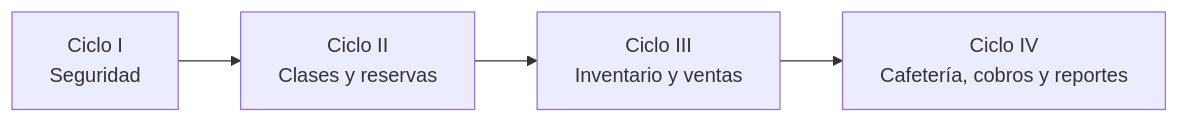
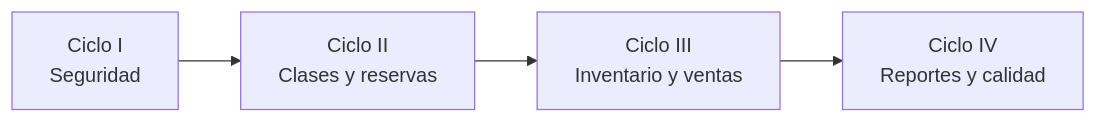
One commit to Kato-001/taller-mitsu-ceramica changed the first of 2 diagrams in README.md. Above: the diagram before and after it, drawn with Mermaid. The commit also changed other lines of this file and 120 other files, not shown here.

Commit message:
Informe final con los cuatro ciclos, capítulo de pruebas, diagramas corregidos y guion

````diff
--- a/README.md
+++ b/README.md
@@ -49,4 +49,4 @@
 ```mermaid
 flowchart LR
-    I["Ciclo I<br/>Seguridad"] --> II["Ciclo II<br/>Clases y reservas"] --> III["Ciclo III<br/>Inventario y ventas"] --> IV["Ciclo IV<br/>Cafetería, cobros y reportes"]
+    I["Ciclo I<br/>Seguridad"] --> II["Ciclo II<br/>Clases y reservas"] --> III["Ciclo III<br/>Inventario y ventas"] --> IV["Ciclo IV<br/>Reportes y calidad"]
 ```
````
